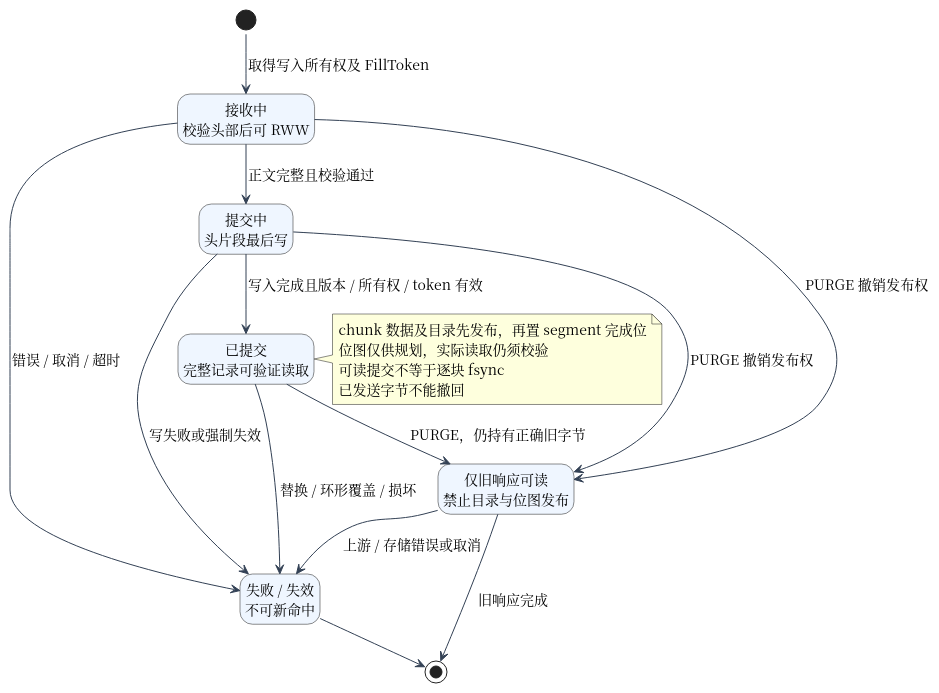
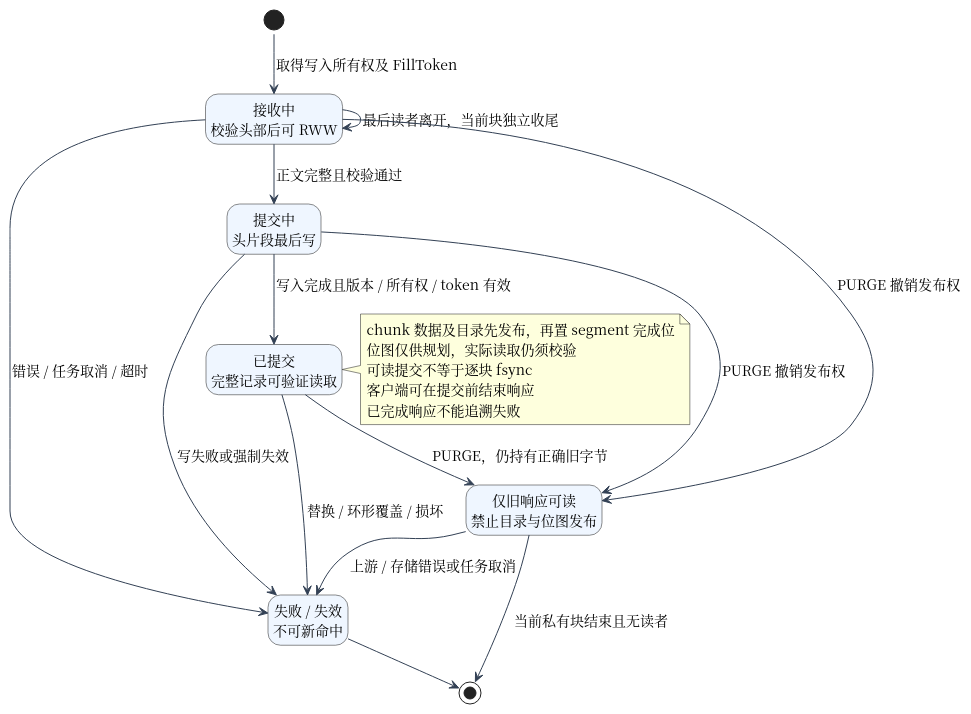
Before and after one commit to Monsterwi/razor: the diagram in docs/diagrams/publication.puml, drawn with PlantUML. The commit also changed 11 other files, not shown here.

```diff
--- a/docs/diagrams/publication.puml
+++ b/docs/diagrams/publication.puml
@@ -1,34 +1,36 @@
 @startuml
 !pragma layout smetana
 skinparam defaultFontName Noto Serif CJK SC
 skinparam defaultFontSize 14
 skinparam shadowing false
 skinparam backgroundColor white
 skinparam ArrowColor #334155
 skinparam componentBackgroundColor #EFF6FF
 skinparam stateBackgroundColor #EFF6FF
 hide empty description
 state "接收中\n校验头部后可 RWW" as Receiving
 state "提交中\n头片段最后写" as Committing
 state "已提交\n完整记录可验证读取" as Readable
 state "失败 / 失效\n不可新命中" as Invalid
 state "仅旧响应可读\n禁止目录与位图发布" as Private
 [*] --> Receiving : 取得写入所有权及 FillToken
 Receiving --> Committing : 正文完整且校验通过
-Receiving --> Invalid : 错误 / 取消 / 超时
+Receiving --> Receiving : 最后读者离开，当前块独立收尾
+Receiving --> Invalid : 错误 / 任务取消 / 超时
 Committing --> Readable : 写入完成且版本 / 所有权 / token 有效
 Committing --> Invalid : 写失败或强制失效
 Receiving --> Private : PURGE 撤销发布权
 Committing --> Private : PURGE 撤销发布权
 Readable --> Private : PURGE，仍持有正确旧字节
 Readable --> Invalid : 替换 / 环形覆盖 / 损坏
-Private --> Invalid : 上游 / 存储错误或取消
-Private --> [*] : 旧响应完成
+Private --> Invalid : 上游 / 存储错误或任务取消
+Private --> [*] : 当前私有块结束且无读者
 Invalid --> [*]
 note right of Readable
   chunk 数据及目录先发布，再置 segment 完成位
   位图仅供规划，实际读取仍须校验
   可读提交不等于逐块 fsync
-  已发送字节不能撤回
+  客户端可在提交前结束响应
+  已完成响应不能追溯失败
 end note
 @enduml
```
